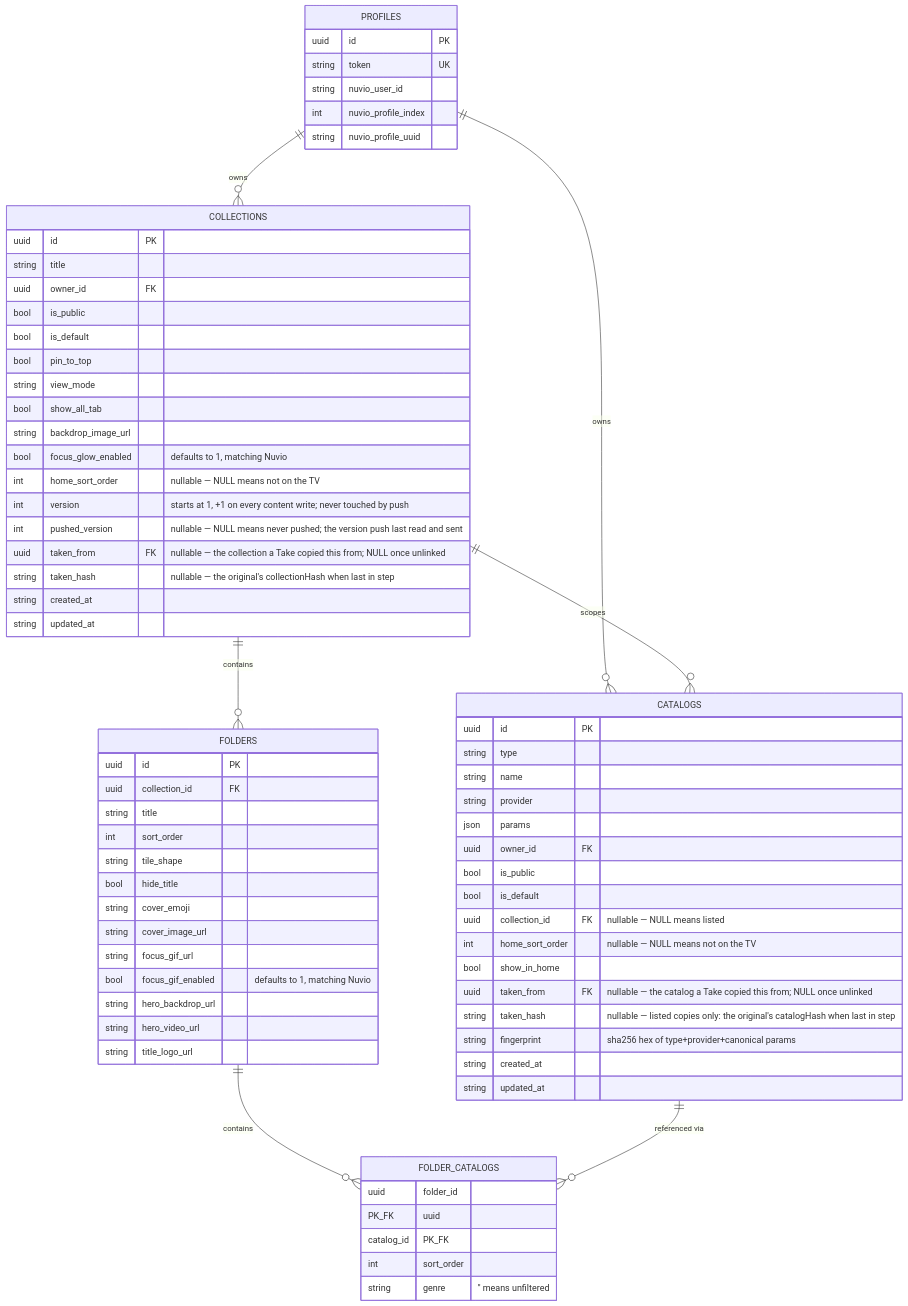
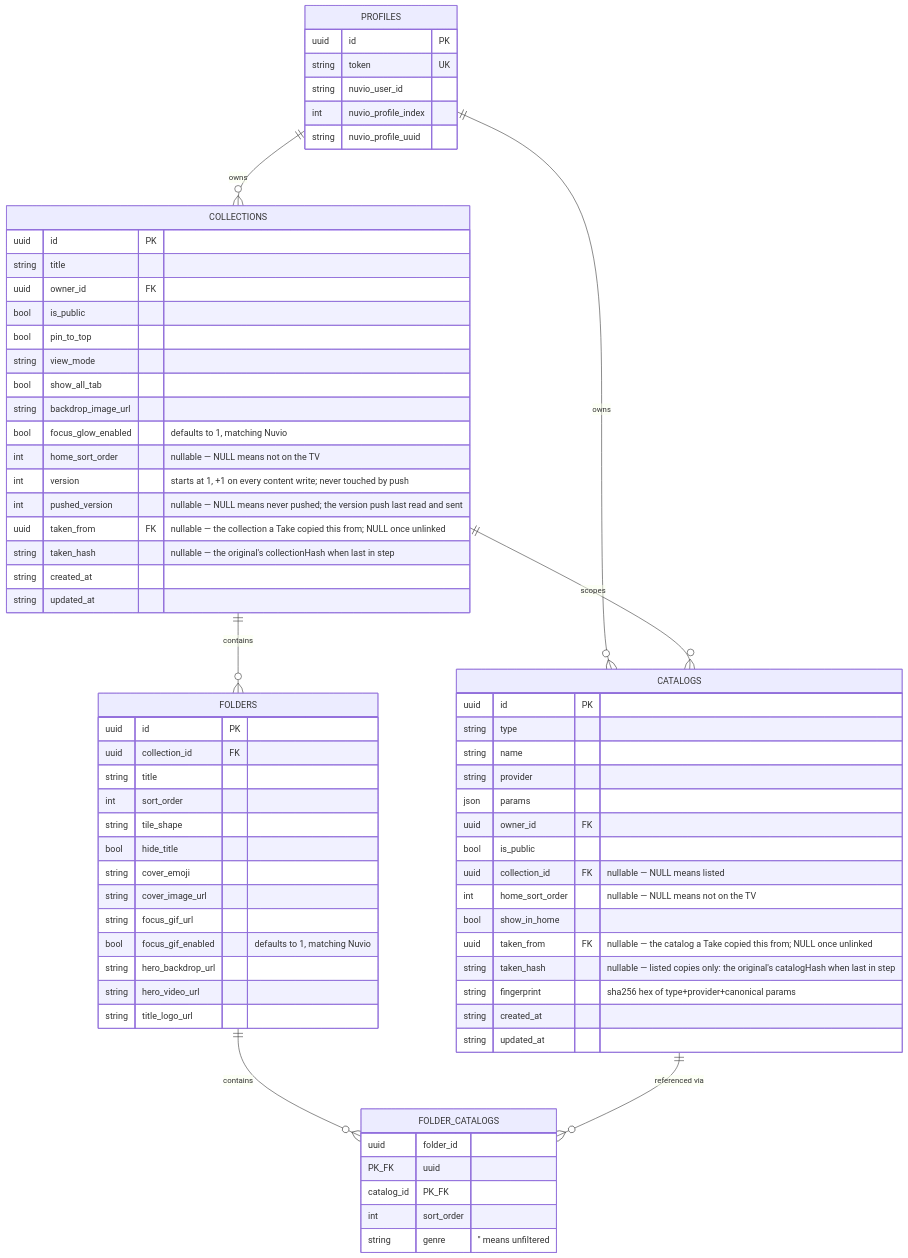
The diagram in docs/data-model.md (hiidz/uno), drawn with Mermaid before and after one commit. The commit also changed other lines of this file and 1 other file, not shown here.

Commit message:
docs: describe legacy is_default columns left in older databases

````diff
--- a/docs/data-model.md
+++ b/docs/data-model.md
@@ -17,75 +17,73 @@
 ```mermaid
 erDiagram
   PROFILES ||--o{ CATALOGS : owns
   PROFILES ||--o{ COLLECTIONS : owns
   COLLECTIONS ||--o{ FOLDERS : contains
   COLLECTIONS ||--o{ CATALOGS : scopes
   FOLDERS ||--o{ FOLDER_CATALOGS : contains
   CATALOGS ||--o{ FOLDER_CATALOGS : "referenced via"
 
   PROFILES {
     uuid id PK
     string token UK
     string nuvio_user_id
     int nuvio_profile_index
     string nuvio_profile_uuid
   }
   CATALOGS {
     uuid id PK
     string type
     string name
     string provider
     json params
     uuid owner_id FK
     bool is_public
-    bool is_default
     uuid collection_id FK "nullable — NULL means listed"
     int home_sort_order "nullable — NULL means not on the TV"
     bool show_in_home
     uuid taken_from FK "nullable — the catalog a Take copied this from; NULL once unlinked"
     string taken_hash "nullable — listed copies only: the original's catalogHash when last in step"
     string fingerprint "sha256 hex of type+provider+canonical params"
     string created_at
     string updated_at
   }
   COLLECTIONS {
     uuid id PK
     string title
     uuid owner_id FK
     bool is_public
-    bool is_default
     bool pin_to_top
     string view_mode
     bool show_all_tab
     string backdrop_image_url
     bool focus_glow_enabled "defaults to 1, matching Nuvio"
     int home_sort_order "nullable — NULL means not on the TV"
     int version "starts at 1, +1 on every content write; never touched by push"
     int pushed_version "nullable — NULL means never pushed; the version push last read and sent"
     uuid taken_from FK "nullable — the collection a Take copied this from; NULL once unlinked"
     string taken_hash "nullable — the original's collectionHash when last in step"
     string created_at
     string updated_at
   }
   FOLDERS {
     uuid id PK
     uuid collection_id FK
     string title
     int sort_order
     string tile_shape
     bool hide_title
     string cover_emoji
     string cover_image_url
     string focus_gif_url
     bool focus_gif_enabled "defaults to 1, matching Nuvio"
     string hero_backdrop_url
     string hero_video_url
     string title_logo_url
   }
   FOLDER_CATALOGS {
     uuid folder_id PK_FK
     uuid catalog_id PK_FK
     int sort_order
     string genre "'' means unfiltered"
   }
 ```
````
